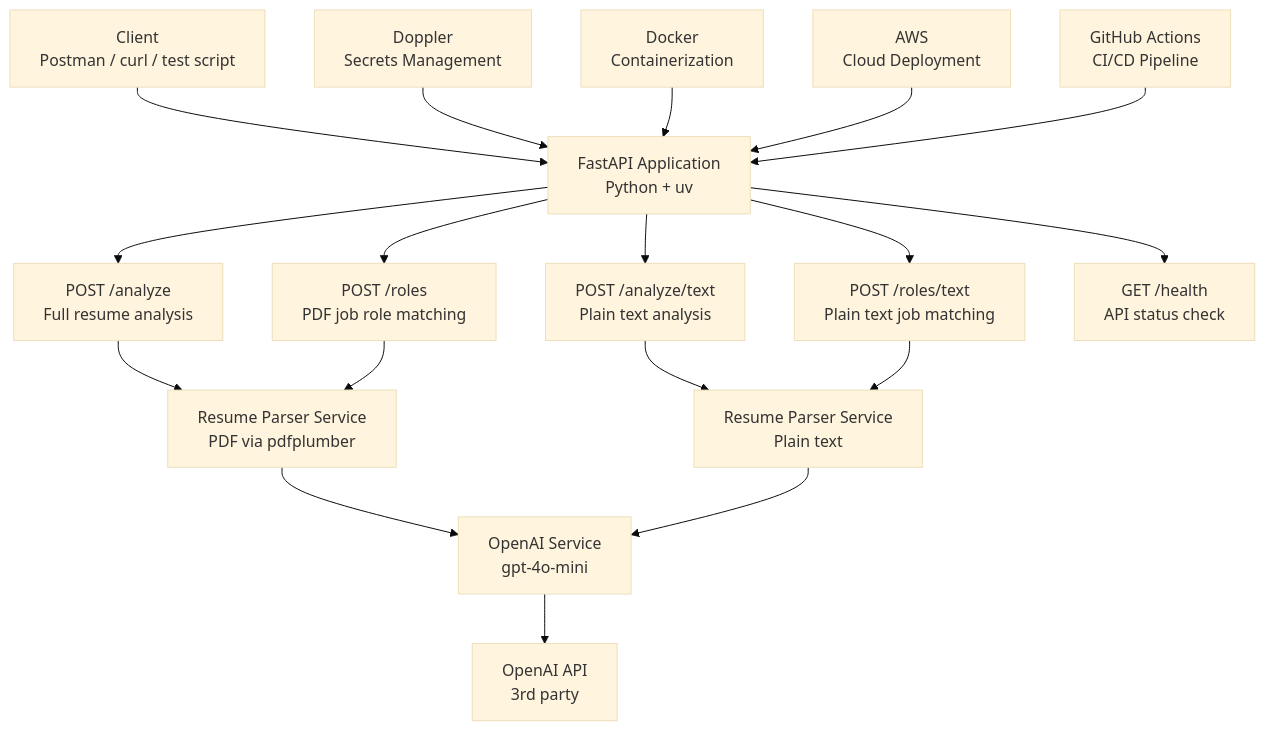
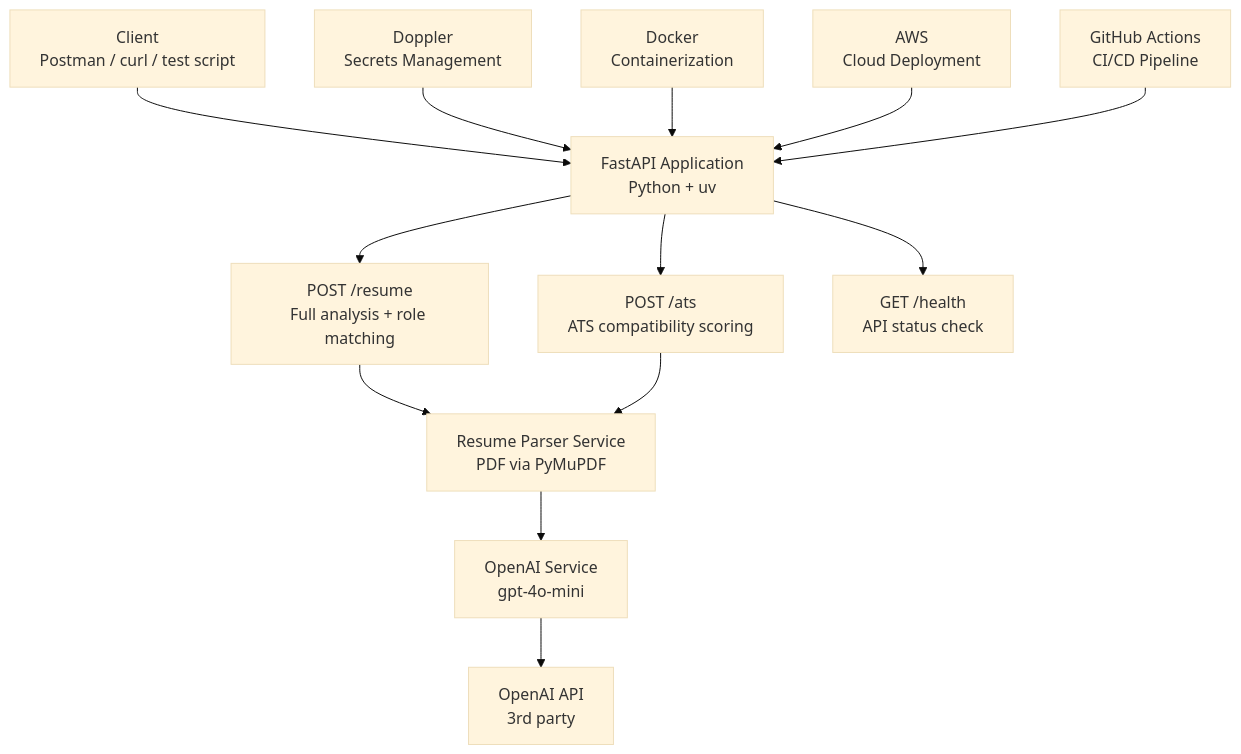
Before and after one commit to akkabakovb/Resume_Scanner_SoftwareEngineering: the first of 2 diagrams in README.md, drawn with Mermaid (base theme). The commit also changed other lines of this file, not shown here.

````diff
--- a/README.md
+++ b/README.md
@@ -55,25 +104,27 @@
 ```mermaid
 flowchart TD
-    A[Client\nPostman / curl / test script] --> B[FastAPI Application\nPython + uv]
+    Client["Client\nPostman / curl / test script"]
+    Doppler["Doppler\nSecrets Management"]
+    Docker["Docker\nContainerization"]
+    AWS["AWS\nCloud Deployment"]
+    GH["GitHub Actions\nCI/CD Pipeline"]
 
-    B --> C[POST /analyze\nFull resume analysis]
-    B --> D[POST /analyze/text\nPlain text analysis]
-    B --> E[POST /roles\nPDF job role matching]
-    B --> F[POST /roles/text\nPlain text job matching]
-    B --> G[GET /health\nAPI status check]
+    FastAPI["FastAPI Application\nPython + uv"]
 
-    C --> H[Resume Parser Service\nPDF via pdfplumber]
-    D --> I[Resume Parser Service\nPlain text]
-    E --> H
-    F --> I
+    Client --> FastAPI
+    Doppler --> FastAPI
+    Docker --> FastAPI
+    AWS --> FastAPI
+    GH --> FastAPI
 
-    H --> J[OpenAI Service\ngpt-4o-mini]
-    I --> J
+    FastAPI --> resume["POST /resume\nFull analysis + role matching"]
+    FastAPI --> ats["POST /ats\nATS compatibility scoring"]
+    FastAPI --> health["GET /health\nAPI status check"]
 
-    J --> K[OpenAI API\n3rd party]
+    resume --> parser["Resume Parser Service\nPDF via PyMuPDF"]
+    ats --> parser
 
-    L[Doppler\nSecrets Management] --> B
-    M[Docker\nContainerization] --> B
-    N[AWS\nCloud Deployment] --> B
-    O[GitHub Actions\nCI/CD Pipeline] --> B
+    parser --> openai["OpenAI Service\ngpt-4o-mini"]
+
+    openai --> api["OpenAI API\n3rd party"]
 ```
````
